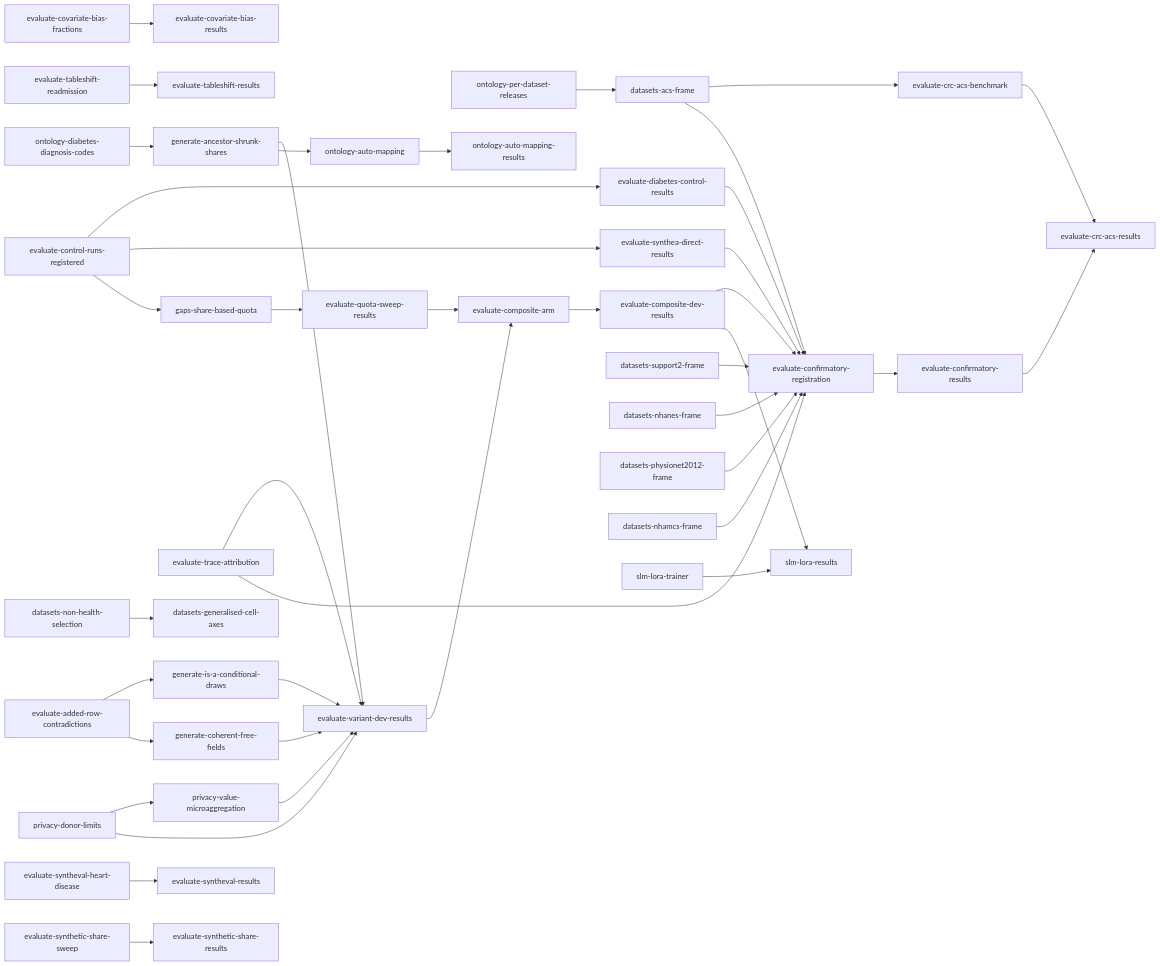
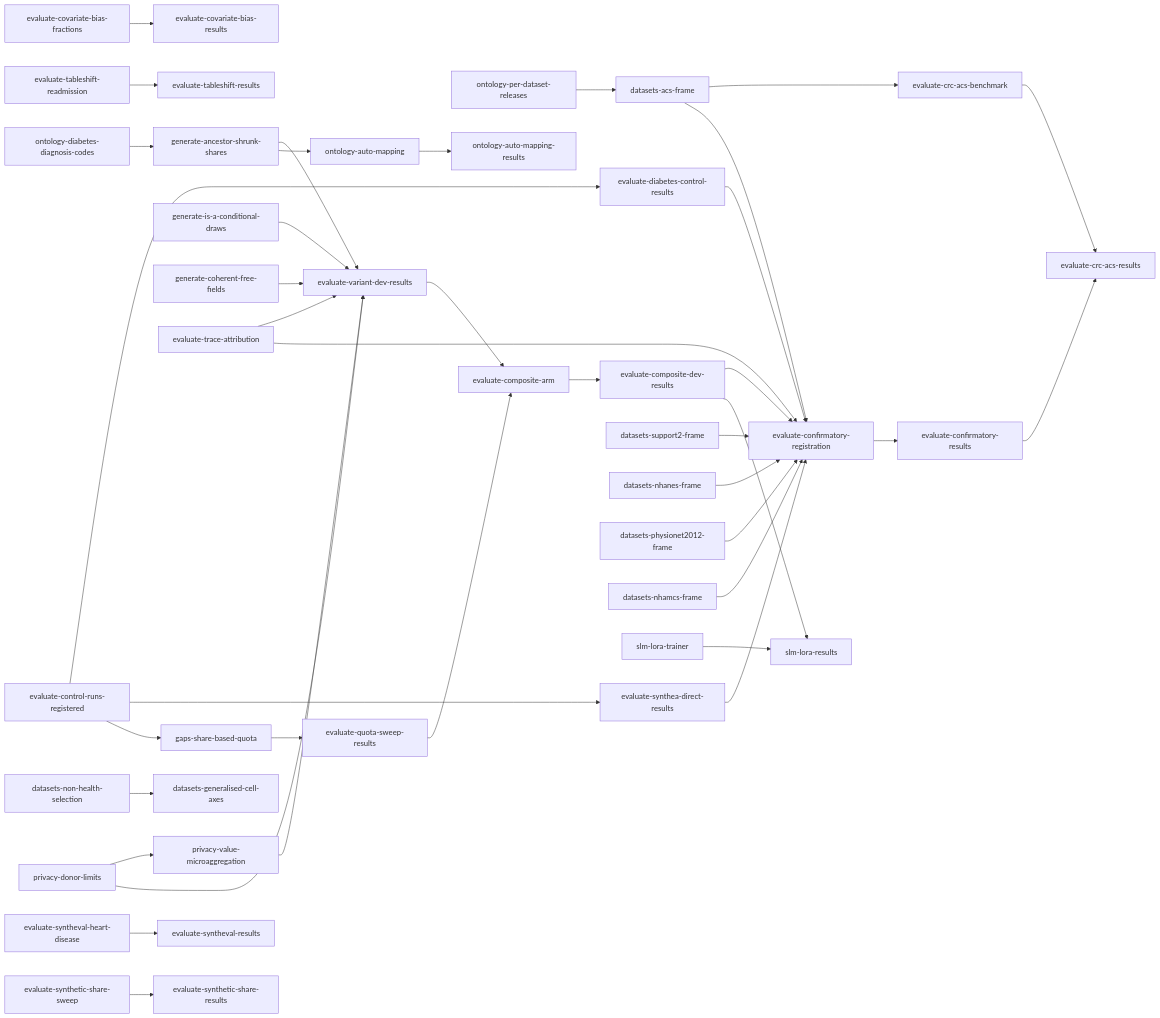
One commit to joe-dartmouth/synthetic changed the diagram in tasks/direct-index.md. Above: the diagram before and after it, drawn with Mermaid. The commit also changed other lines of this file and 18 other files, not shown here.

````diff
--- a/tasks/direct-index.md
+++ b/tasks/direct-index.md
@@ -82,43 +81,41 @@
 ```mermaid
 flowchart LR
     u37[evaluate-covariate-bias-fractions] --> u38[evaluate-covariate-bias-results]
     u39[evaluate-tableshift-readmission] --> u40[evaluate-tableshift-results]
     u6[evaluate-control-runs-registered] --> u7[evaluate-diabetes-control-results]
     u6 --> u8[evaluate-synthea-direct-results]
-    u9[evaluate-added-row-contradictions] --> u11[generate-is-a-conditional-draws]
     u12[ontology-diabetes-diagnosis-codes] --> u13[generate-ancestor-shrunk-shares]
     u15[privacy-donor-limits] --> u16[privacy-value-microaggregation]
-    u9 --> u17[generate-coherent-free-fields]
-    u11 --> u19[evaluate-variant-dev-results]
+    u11[generate-is-a-conditional-draws] --> u19[evaluate-variant-dev-results]
     u13 --> u19
     u15 --> u19
     u16 --> u19
-    u17 --> u19
+    u17[generate-coherent-free-fields] --> u19
     u18[evaluate-trace-attribution] --> u19
     u6 --> u20[gaps-share-based-quota]
     u20 --> u21[evaluate-quota-sweep-results]
     u24[ontology-per-dataset-releases] --> u27[datasets-acs-frame]
     u27 --> u41[evaluate-crc-acs-benchmark]
     u49[datasets-non-health-selection] --> u50[datasets-generalised-cell-axes]
     u43[evaluate-syntheval-heart-disease] --> u44[evaluate-syntheval-results]
     u19 --> u28[evaluate-composite-arm]
     u21 --> u28
     u28 --> u29[evaluate-composite-dev-results]
     u7 --> u30[evaluate-confirmatory-registration]
     u8 --> u30
     u18 --> u30
     u45[evaluate-synthetic-share-sweep] --> u46[evaluate-synthetic-share-results]
     u25[datasets-support2-frame] --> u30
     u26[datasets-nhanes-frame] --> u30
     u27 --> u30
     u47[datasets-physionet2012-frame] --> u30
     u48[datasets-nhamcs-frame] --> u30
     u29 --> u30
     u30 --> u31[evaluate-confirmatory-results]
     u41 --> u42[evaluate-crc-acs-results]
     u31 --> u42
     u13 --> u32[ontology-auto-mapping]
     u32 --> u33[ontology-auto-mapping-results]
     u29 --> u36[slm-lora-results]
     u35[slm-lora-trainer] --> u36
 ```
````
